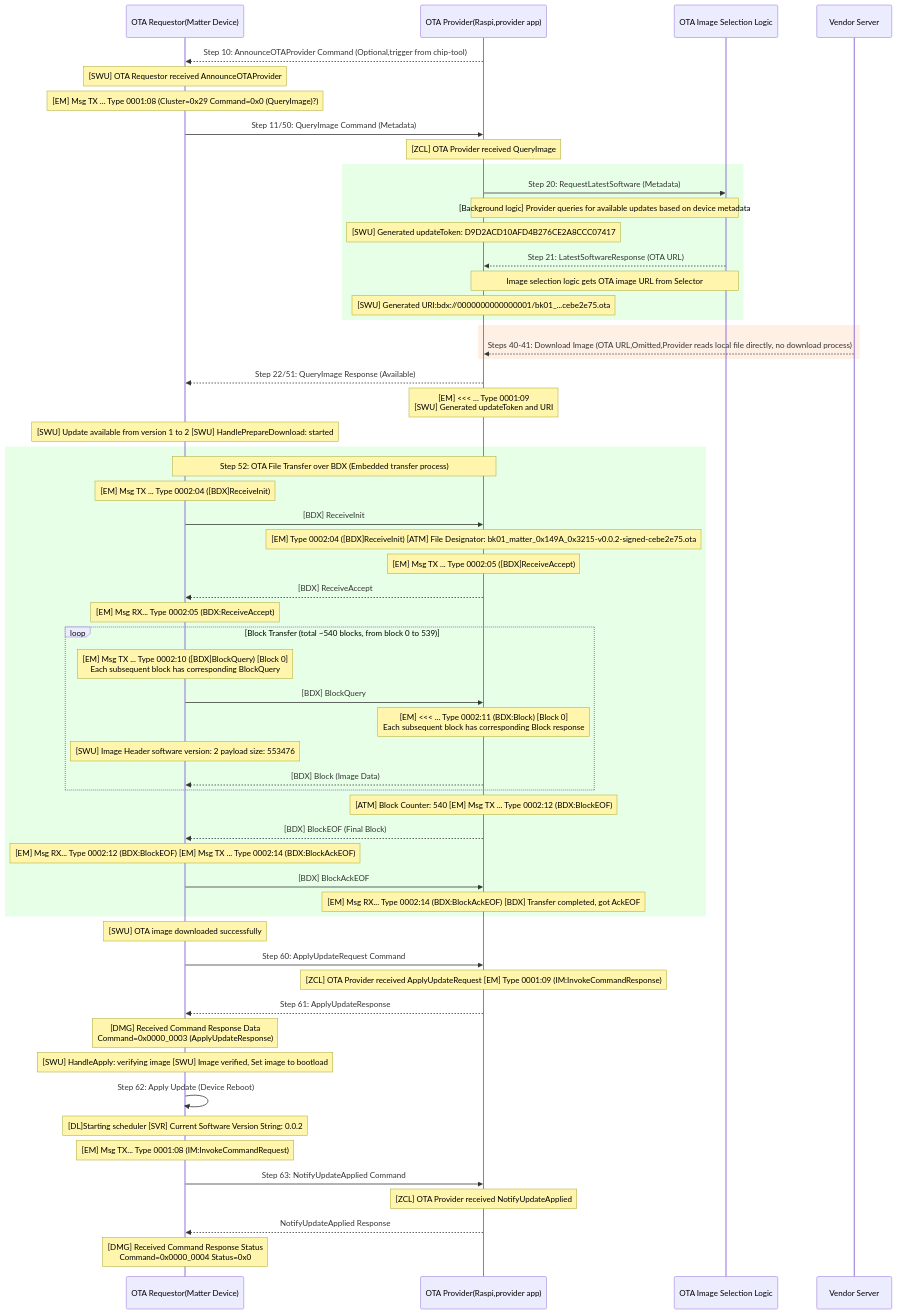
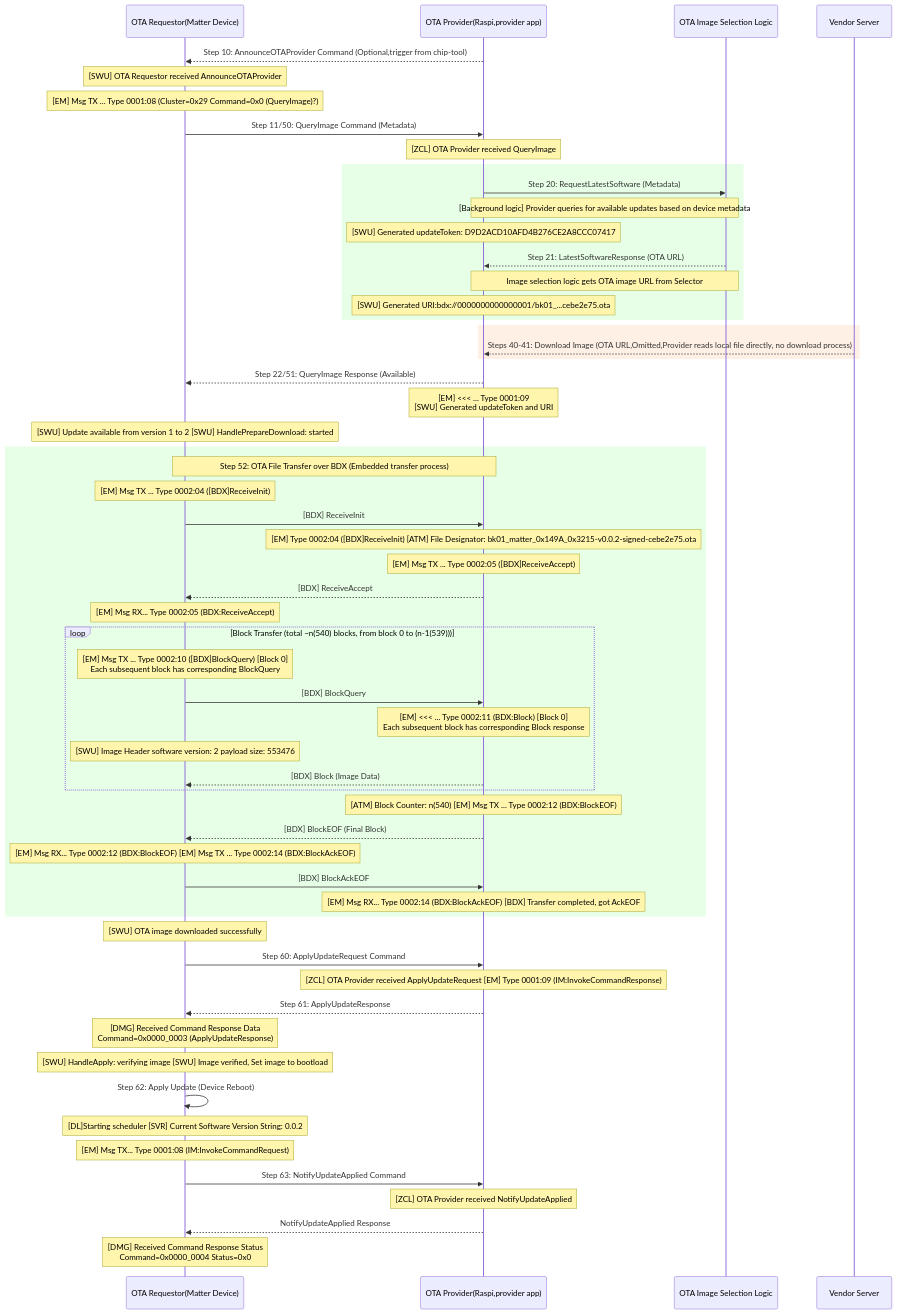
The diagram in files/matter/ota/ota-flow.md (suhuide/h), drawn with Mermaid before and after one commit. The commit also changed 4 other files, not shown here.

````diff
--- a/files/matter/ota/ota-flow.md
+++ b/files/matter/ota/ota-flow.md
@@ -1,79 +1,79 @@
 ```mermaid
 sequenceDiagram
     participant Requestor as OTA Requestor(Matter Device)
     participant Provider as OTA Provider(Raspi,provider app)
     participant Selector as OTA Image Selection Logic
     participant Vendor as Vendor Server
 
     Provider-->>Requestor: Step 10: AnnounceOTAProvider Command (Optional,trigger from chip-tool)
     Note over Requestor: [SWU] OTA Requestor received AnnounceOTAProvider
 
 
     
     Note over Requestor: [EM] Msg TX ... Type 0001:08 (Cluster=0x29 Command=0x0 (QueryImage)?)
     Requestor->>Provider: Step 11/50: QueryImage Command (Metadata)
     Note over Provider: [ZCL] OTA Provider received QueryImage
     rect rgb(230, 255, 230)
         Provider->>Selector: Step 20: RequestLatestSoftware (Metadata)
         Note over Provider,Selector: [Background logic] Provider queries for available updates based on device metadata
         Note over Provider: [SWU] Generated updateToken: D9D2ACD10AFD4B276CE2A8CCC07417
         
         Selector-->>Provider: Step 21: LatestSoftwareResponse (OTA URL)
         Note over Selector,Provider: Image selection logic gets OTA image URL from Selector
         Note over Provider: [SWU] Generated URI:bdx://0000000000000001/bk01_...cebe2e75.ota
     end
     rect rgb(255, 240, 230)
         Vendor-->>Provider: Steps 40-41: Download Image (OTA URL,Omitted,Provider reads local file directly, no download process)
     end
 
     Provider-->>Requestor: Step 22/51: QueryImage Response (Available)
     Note over Provider: [EM] <<< ... Type 0001:09 <br/> [SWU] Generated updateToken and URI
     Note over Requestor: [SWU] Update available from version 1 to 2 [SWU] HandlePrepareDownload: started
 
     rect rgb(230, 255, 230)
         Note over Requestor,Provider: Step 52: OTA File Transfer over BDX (Embedded transfer process)
 
         Note over Requestor: [EM] Msg TX ... Type 0002:04 ([BDX]ReceiveInit)
         Requestor->>Provider: [BDX] ReceiveInit
         Note over Provider: [EM] Type 0002:04 ([BDX]ReceiveInit) [ATM] File Designator: bk01_matter_0x149A_0x3215-v0.0.2-signed-cebe2e75.ota
         
         Note over Provider: [EM] Msg TX ... Type 0002:05 ([BDX]ReceiveAccept)
         Provider-->>Requestor: [BDX] ReceiveAccept
         Note over Requestor:[EM] Msg RX... Type 0002:05 (BDX:ReceiveAccept) 
 
-        loop Block Transfer (total ~540 blocks, from block 0 to 539)
+        loop Block Transfer (total ~n(540) blocks, from block 0 to (n-1(539)))
             
             Note over Requestor: [EM] Msg TX ... Type 0002:10 ([BDX]BlockQuery) [Block 0]<br/>Each subsequent block has corresponding BlockQuery
             Requestor->>Provider: [BDX] BlockQuery
             Note over Provider: [EM] <<< ... Type 0002:11 (BDX:Block) [Block 0]<br/>Each subsequent block has corresponding Block response
             Note over Requestor:[SWU] Image Header software version: 2 payload size: 553476
             Provider-->>Requestor: [BDX] Block (Image Data)
         end
 
-        Note over Provider: [ATM] Block Counter: 540 [EM] Msg TX ... Type 0002:12 (BDX:BlockEOF)
+        Note over Provider: [ATM] Block Counter: n(540) [EM] Msg TX ... Type 0002:12 (BDX:BlockEOF)
         Provider-->>Requestor: [BDX] BlockEOF (Final Block)
 
         Note over Requestor: [EM] Msg RX... Type 0002:12 (BDX:BlockEOF) [EM] Msg TX ... Type 0002:14 (BDX:BlockAckEOF)
         Requestor->>Provider: [BDX] BlockAckEOF
         Note over Provider: [EM] Msg RX... Type 0002:14 (BDX:BlockAckEOF) [BDX] Transfer completed, got AckEOF
     end
 
     Note over Requestor: [SWU] OTA image downloaded successfully
 
     Requestor->>Provider: Step 60: ApplyUpdateRequest Command
     Note over Provider: [ZCL] OTA Provider received ApplyUpdateRequest [EM] Type 0001:09 (IM:InvokeCommandResponse)
     Provider-->>Requestor: Step 61: ApplyUpdateResponse    
     Note over Requestor: [DMG] Received Command Response Data<br/>Command=0x0000_0003 (ApplyUpdateResponse)
 
     Note over Requestor: [SWU] HandleApply: verifying image [SWU] Image verified, Set image to bootload
 
     Requestor->>Requestor: Step 62: Apply Update (Device Reboot)
     Note over Requestor: [DL]Starting scheduler [SVR] Current Software Version String: 0.0.2
 
     Note over Requestor: [EM] Msg TX... Type 0001:08 (IM:InvokeCommandRequest)
     Requestor->>Provider: Step 63: NotifyUpdateApplied Command
     Note over Provider: [ZCL] OTA Provider received NotifyUpdateApplied
 
     Provider-->>Requestor: NotifyUpdateApplied Response
     Note over Requestor: [DMG] Received Command Response Status<br/>Command=0x0000_0004 Status=0x0
 ```
````
